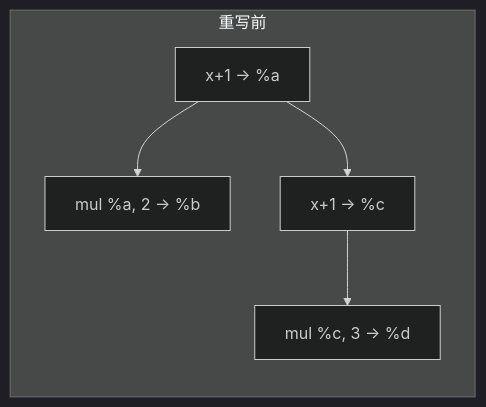
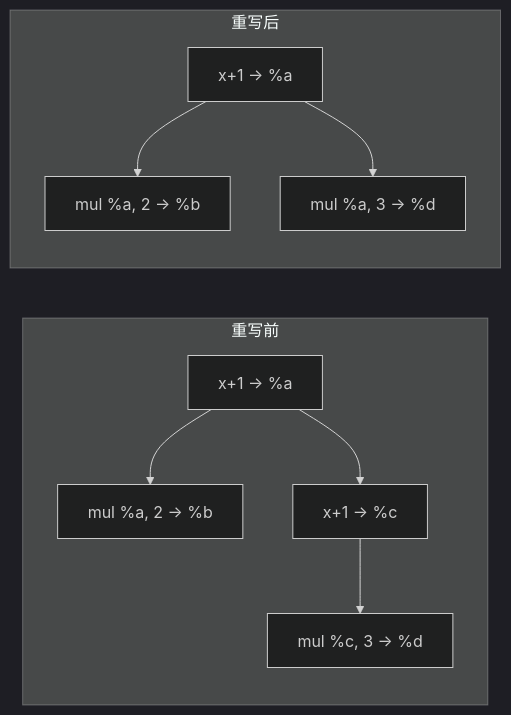
One commit to lightsmilew/compiler-principles changed the first of 2 diagrams in docs/optim/ir-cse.md. Above: the diagram before and after it, drawn with Mermaid (dark theme). The commit also changed other lines of this file and 32 other files, not shown here.

Commit message:
docs: unify assessment flow and submission guidance

````diff
--- a/docs/optim/ir-cse.md
+++ b/docs/optim/ir-cse.md
@@ -32,8 +32,12 @@
 ```mermaid
 flowchart LR
   subgraph 重写前
     A1[x+1 → %a] --> B1[mul %a, 2 → %b]
     A1 --> C1[x+1 → %c]
     C1 --> D1[mul %c, 3 → %d]
   end
+  subgraph 重写后
+    A2[x+1 → %a] --> B2[mul %a, 2 → %b]
+    A2 --> D2[mul %a, 3 → %d]
+  end
 ```
````
